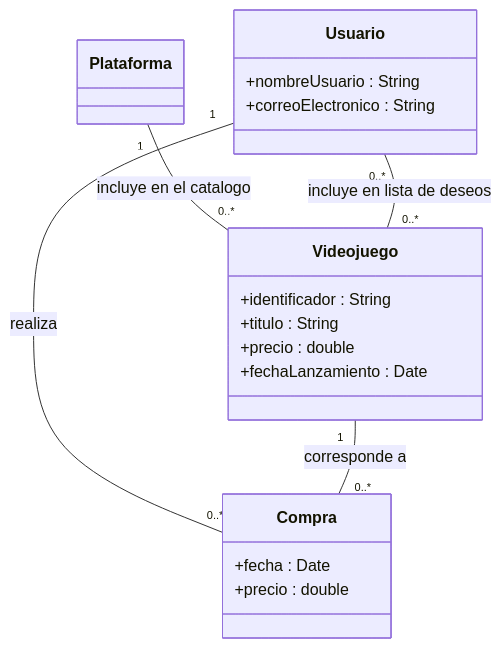
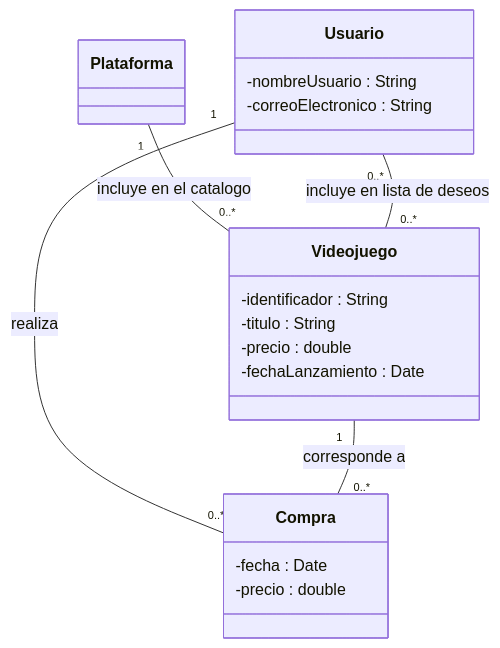
Before and after one commit to yurigo/POO-GES-2627: the fourth of 5 diagrams in sessions/session-09/UML.md, drawn with Mermaid. The commit also changed other lines of this file, not shown here.

````diff
--- a/sessions/session-09/UML.md
+++ b/sessions/session-09/UML.md
@@ -87,26 +87,26 @@
 ```mermaid
 classDiagram
     class Plataforma
 
     class Videojuego {
-        +identificador : String
-        +titulo : String
-        +precio : double
-        +fechaLanzamiento : Date
+        -identificador : String
+        -titulo : String
+        -precio : double
+        -fechaLanzamiento : Date
     }
 
     class Usuario {
-        +nombreUsuario : String
-        +correoElectronico : String
+        -nombreUsuario : String
+        -correoElectronico : String
     }
 
     class Compra {
-        +fecha : Date
-        +precio : double
+        -fecha : Date
+        -precio : double
     }
 
     Plataforma "1" -- "0..*" Videojuego : incluye en el catalogo
     Usuario "1" -- "0..*" Compra : realiza
     Videojuego "1" -- "0..*" Compra : corresponde a
     Usuario "0..*" -- "0..*" Videojuego : incluye en lista de deseos
 ```
````
